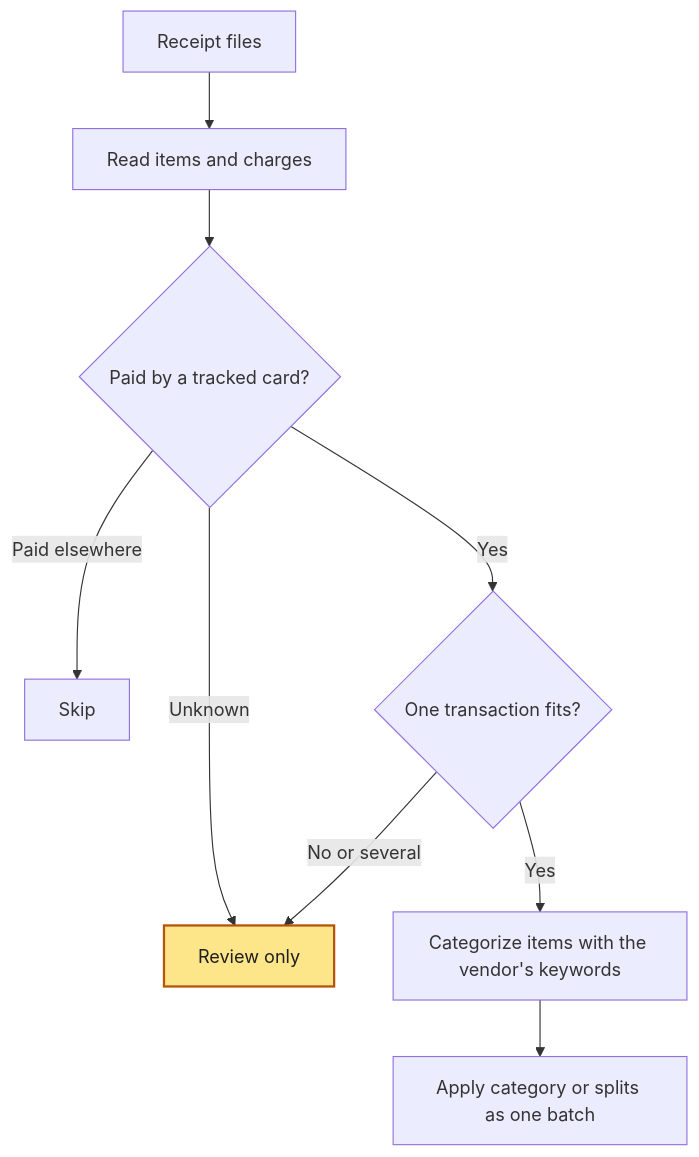
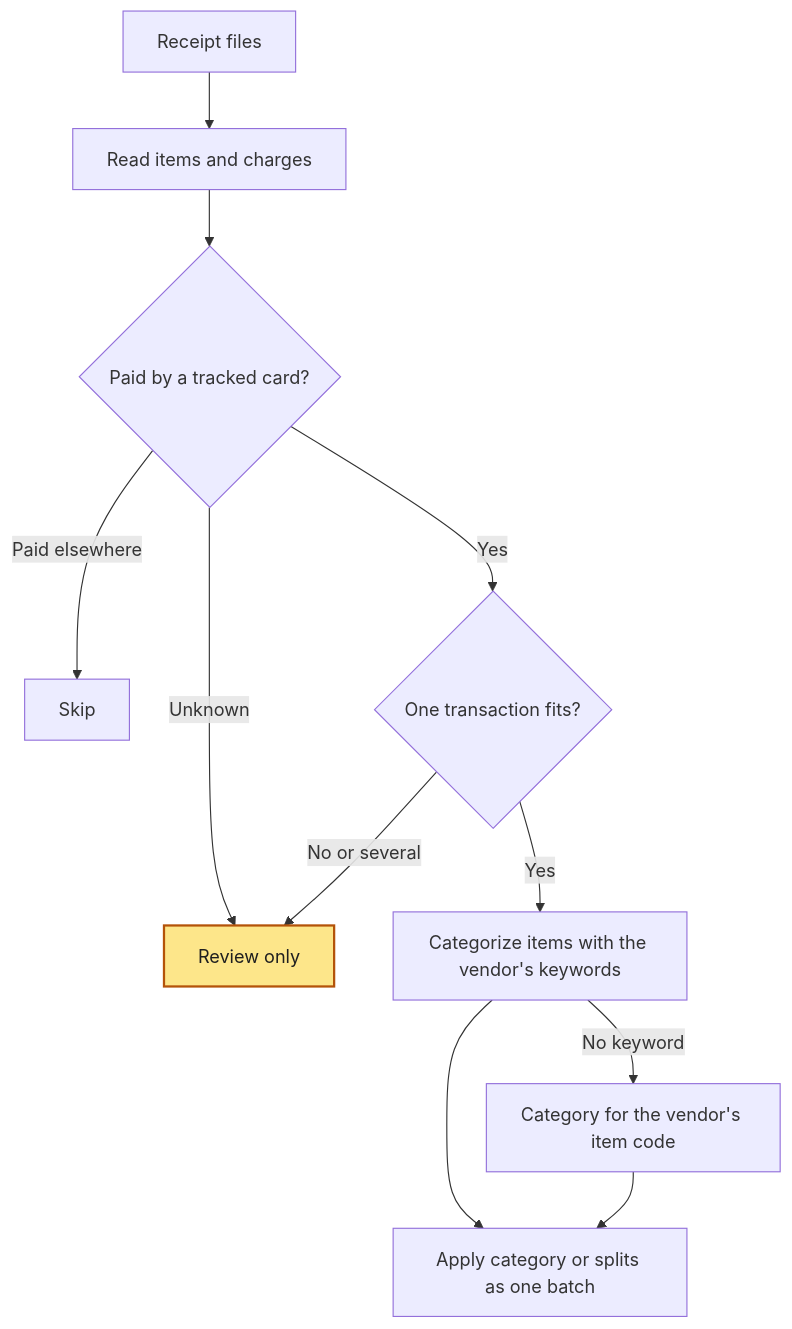
The second of 2 diagrams in docs/architecture/receipts.md (spinningyoyo/omsync), drawn with Mermaid before and after one commit. The commit also changed other lines of this file and 28 other files, not shown here.

````diff
--- a/docs/architecture/receipts.md
+++ b/docs/architecture/receipts.md
@@ -20,13 +20,15 @@
 ```mermaid
 flowchart TD
     Files[Receipt files] --> Facts[Read items and charges]
     Facts --> Payer{Paid by a tracked card?}
     Payer -->|Paid elsewhere| Skip[Skip]
     Payer -->|Unknown| Review[Review only]
     Payer -->|Yes| Match{One transaction fits?}
     Match -->|No or several| Review
     Match -->|Yes| Items[Categorize items with the vendor's keywords]
+    Items -->|No keyword| Code[Category for the vendor's item code]
     Items --> Apply[Apply category or splits as one batch]
+    Code --> Apply
     class Review waits
     classDef waits fill:#fde68a,stroke:#b45309,stroke-width:2px,color:#1f1f1f
 ```
````
